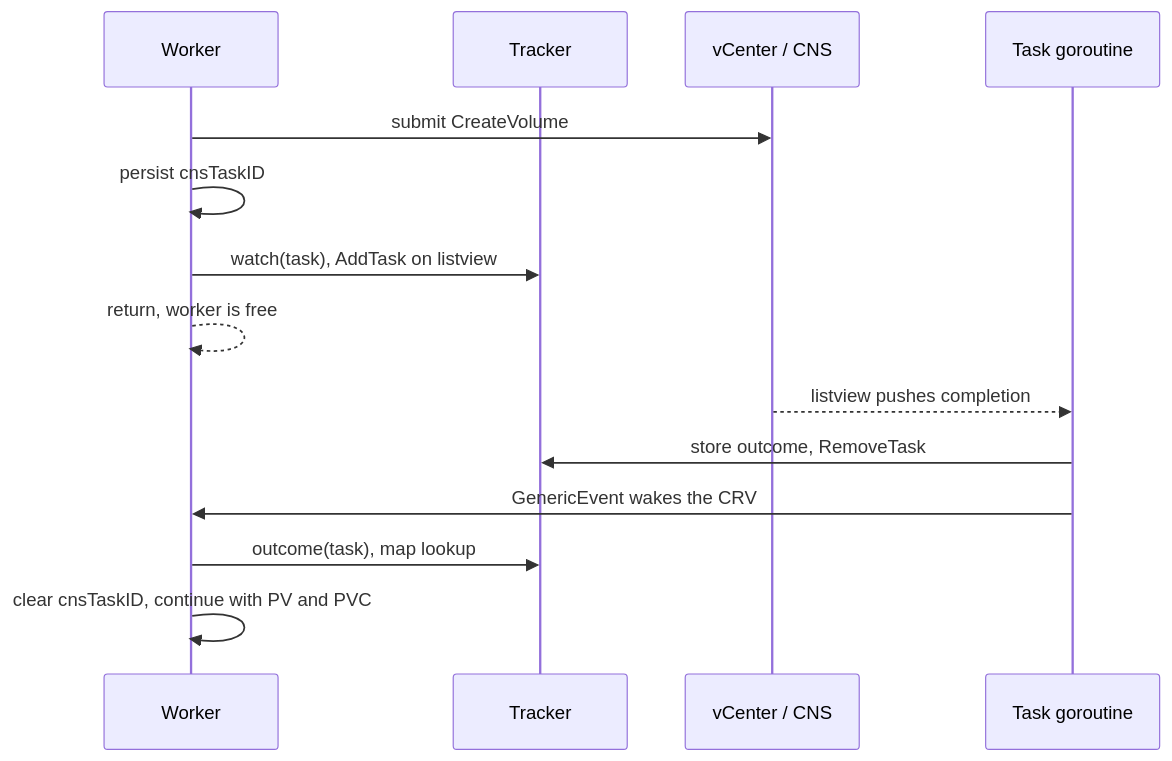
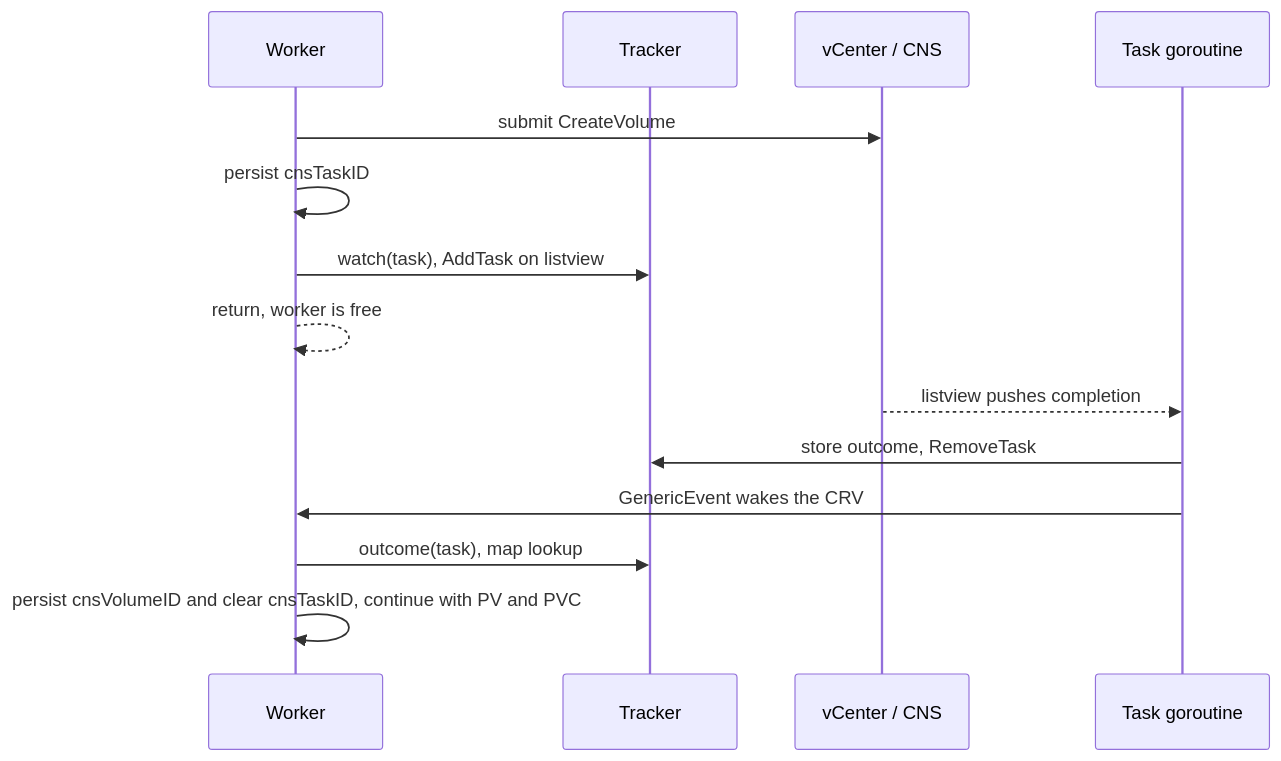
Before and after one commit to kubernetes-sigs/vsphere-csi-driver: the fifth of 7 diagrams in spec/UBMCNS-2482/design.md, drawn with Mermaid. The commit also changed other lines of this file and 10 other files, not shown here.

````diff
--- a/spec/UBMCNS-2482/design.md
+++ b/spec/UBMCNS-2482/design.md
@@ -485,17 +508,17 @@
 ```mermaid
 sequenceDiagram
     participant W as Worker
     participant T as Tracker
     participant VC as vCenter / CNS
     participant G as Task goroutine
 
     W->>VC: submit CreateVolume
     W->>W: persist cnsTaskID
     W->>T: watch(task), AddTask on listview
     W-->>W: return, worker is free
     VC-->>G: listview pushes completion
     G->>T: store outcome, RemoveTask
     G->>W: GenericEvent wakes the CRV
     W->>T: outcome(task), map lookup
-    W->>W: clear cnsTaskID, continue with PV and PVC
+    W->>W: persist cnsVolumeID and clear cnsTaskID, continue with PV and PVC
 ```
````
